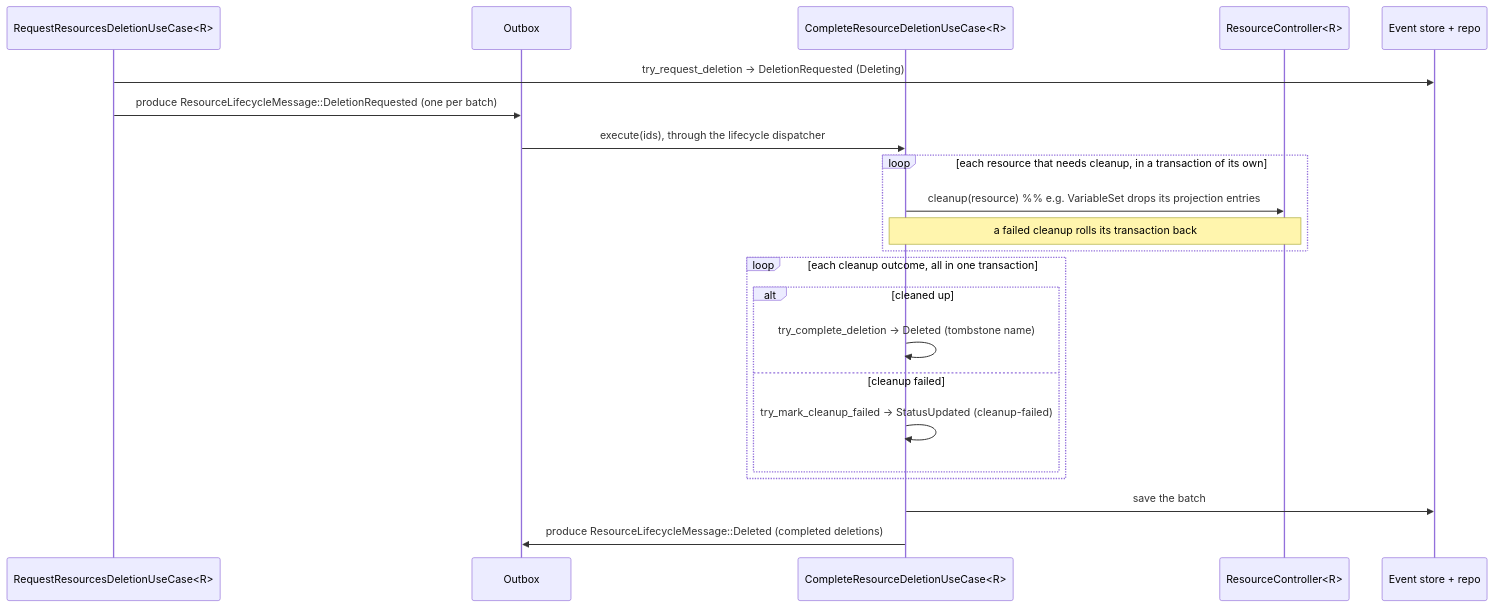
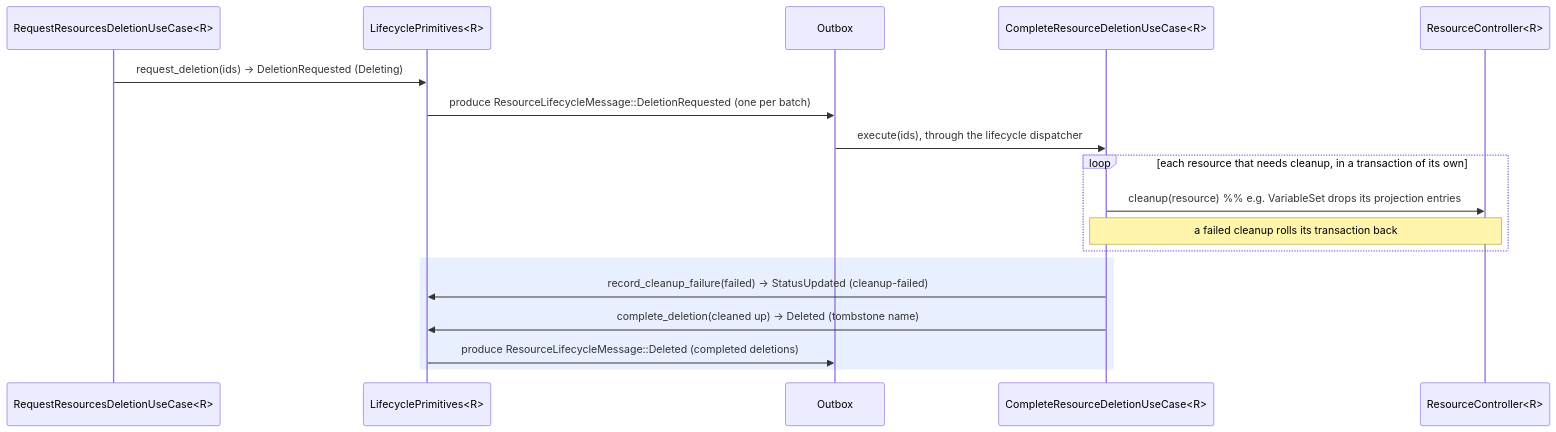
One commit to kamu-data/kamu-cli changed the fourth of 6 diagrams in docs/internal/resources-framework.md. Above: the diagram before and after it, drawn with Mermaid. The commit also changed other lines of this file and 21 other files, not shown here.

Commit message:
Resource lifecycle primitives

````diff
--- a/docs/internal/resources-framework.md
+++ b/docs/internal/resources-framework.md
@@ -1366,25 +1399,21 @@
 ```mermaid
 sequenceDiagram
     participant RQ as RequestResourcesDeletionUseCase<R>
+    participant P as LifecyclePrimitives<R>
     participant OB as Outbox
     participant CD as CompleteResourceDeletionUseCase<R>
     participant Ctl as ResourceController<R>
-    participant ST as Event store + repo
 
-    RQ->>ST: try_request_deletion → DeletionRequested (Deleting)
-    RQ->>OB: produce ResourceLifecycleMessage::DeletionRequested (one per batch)
+    RQ->>P: request_deletion(ids) → DeletionRequested (Deleting)
+    P->>OB: produce ResourceLifecycleMessage::DeletionRequested (one per batch)
     OB->>CD: execute(ids), through the lifecycle dispatcher
     loop each resource that needs cleanup, in a transaction of its own
         CD->>Ctl: cleanup(resource)  %% e.g. VariableSet drops its projection entries
         Note over CD,Ctl: a failed cleanup rolls its transaction back
     end
-    loop each cleanup outcome, all in one transaction
-        alt cleaned up
-            CD->>CD: try_complete_deletion → Deleted (tombstone name)
-        else cleanup failed
-            CD->>CD: try_mark_cleanup_failed → StatusUpdated (cleanup-failed)
-        end
+    rect rgba(100, 150, 255, 0.15)
+        CD->>P: record_cleanup_failure(failed) → StatusUpdated (cleanup-failed)
+        CD->>P: complete_deletion(cleaned up) → Deleted (tombstone name)
+        P->>OB: produce ResourceLifecycleMessage::Deleted (completed deletions)
     end
-    CD->>ST: save the batch
-    CD->>OB: produce ResourceLifecycleMessage::Deleted (completed deletions)
 ```
````
